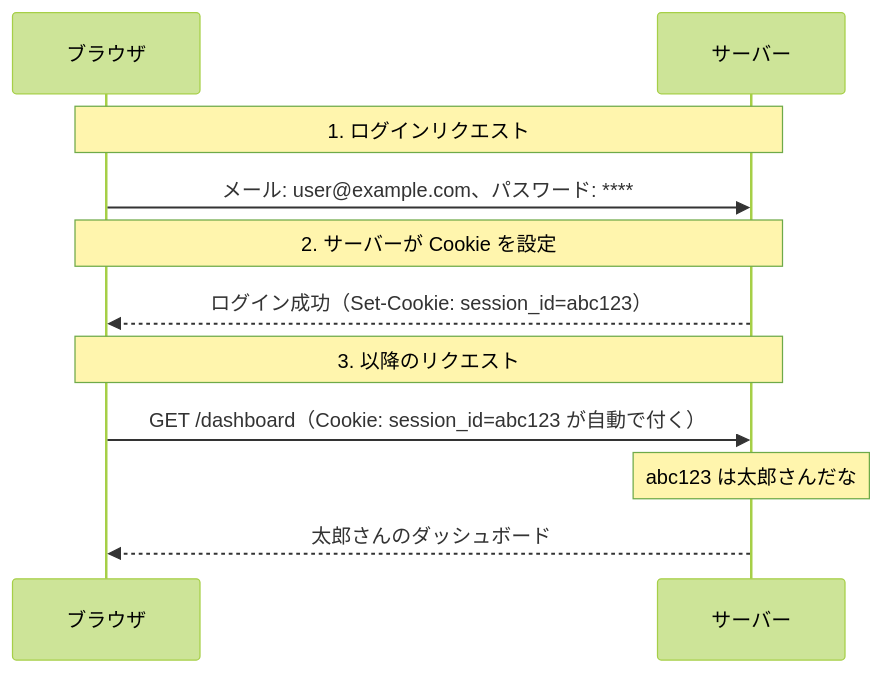
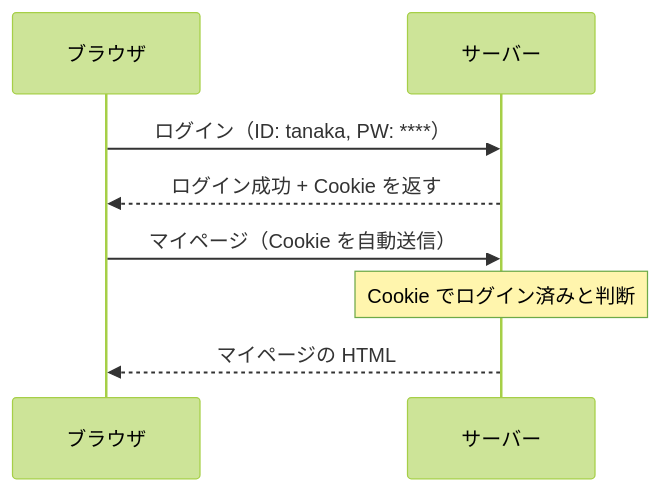
Before and after one commit to ozaki25/web-front-training-ozaki25: the first of 3 diagrams in docs/drafts/046/index.md, drawn with Mermaid (forest theme). The commit also changed other lines of this file and 15 other files, not shown here.

````diff
--- a/docs/drafts/046/index.md
+++ b/docs/drafts/046/index.md
@@ -40,16 +15,10 @@
 ```mermaid
 sequenceDiagram
     participant B as ブラウザ
     participant S as サーバー
-
-    Note over B,S: 1. ログインリクエスト
-    B->>S: メール: user@example.com、パスワード: ****
-
-    Note over B,S: 2. サーバーが Cookie を設定
-    S-->>B: ログイン成功（Set-Cookie: session_id=abc123）
-
-    Note over B,S: 3. 以降のリクエスト
-    B->>S: GET /dashboard（Cookie: session_id=abc123 が自動で付く）
-    Note over S: abc123 は太郎さんだな
-    S-->>B: 太郎さんのダッシュボード
+    B->>S: ログイン（ID: tanaka, PW: ****）
+    S-->>B: ログイン成功 + Cookie を返す
+    B->>S: マイページ（Cookie を自動送信）
+    Note over S: Cookie でログイン済みと判断
+    S-->>B: マイページの HTML
 ```
````
